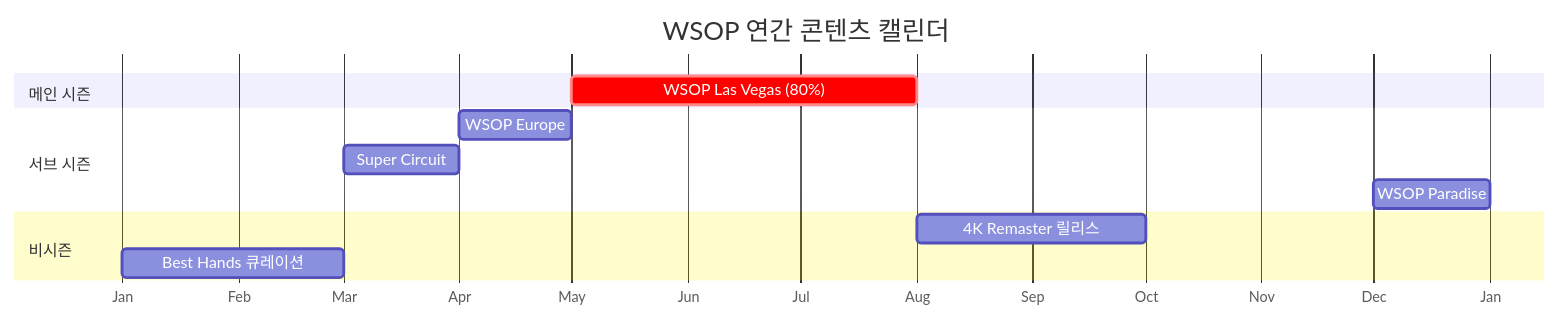
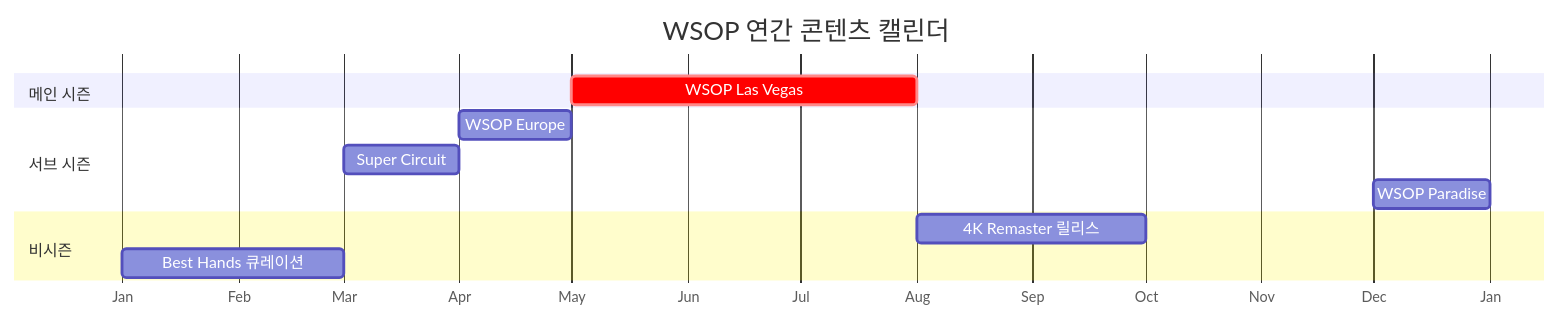
Before and after one commit to garimto81/wsoptv_v2: the third of 6 diagrams in tasks/prds/0010-prd-wsoptv/03-content-strategy.md, drawn with Mermaid. The commit also changed other lines of this file, not shown here.

````diff
--- a/tasks/prds/0010-prd-wsoptv/03-content-strategy.md
+++ b/tasks/prds/0010-prd-wsoptv/03-content-strategy.md
@@ -206,18 +203,18 @@
 ```mermaid
 gantt
     title WSOP 연간 콘텐츠 캘린더
     dateFormat  YYYY-MM
     axisFormat %b
 
     section 메인 시즌
-    WSOP Las Vegas (80%)   :crit, 2025-05, 3M
+    WSOP Las Vegas   :crit, 2025-05, 3M
 
     section 서브 시즌
     WSOP Europe            :2025-04, 1M
     Super Circuit          :2025-03, 1M
     WSOP Paradise          :2025-12, 1M
 
     section 비시즌
     4K Remaster 릴리스     :2025-08, 2M
     Best Hands 큐레이션    :2025-01, 2M
 ```
````
